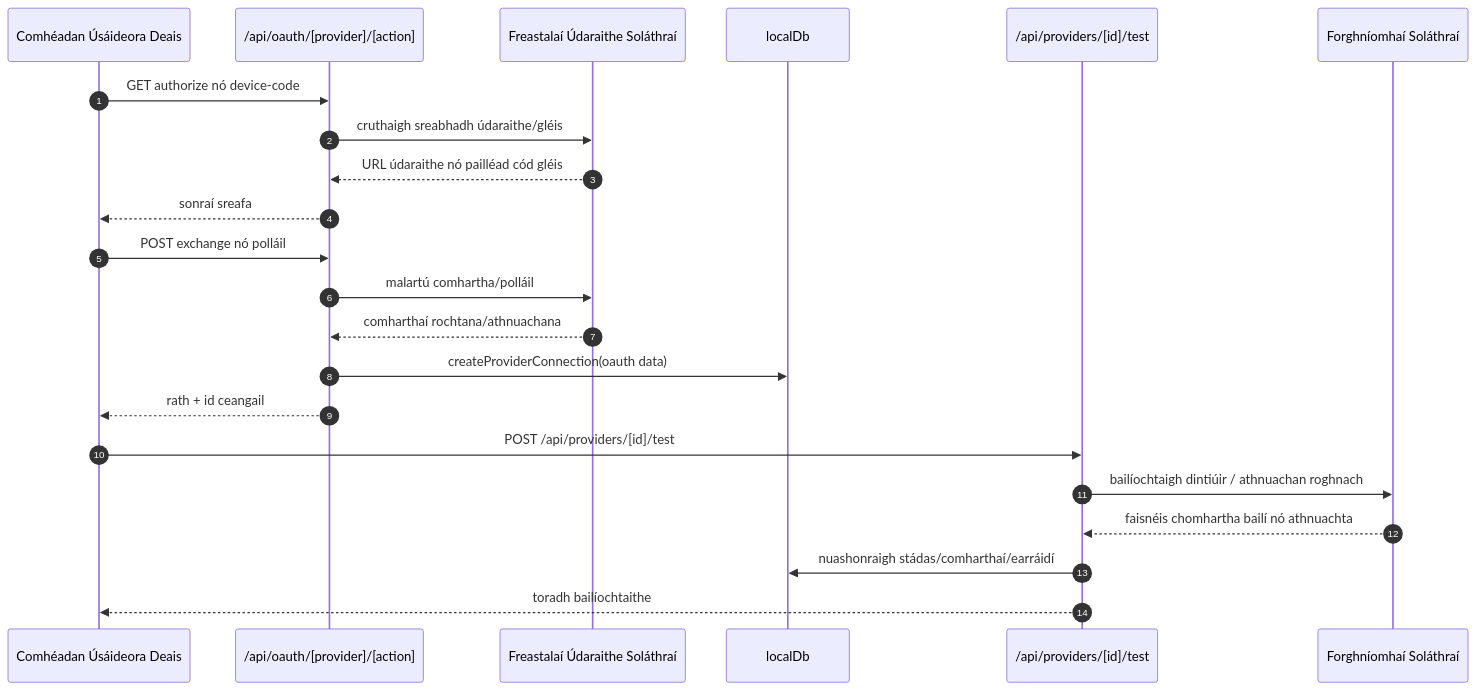
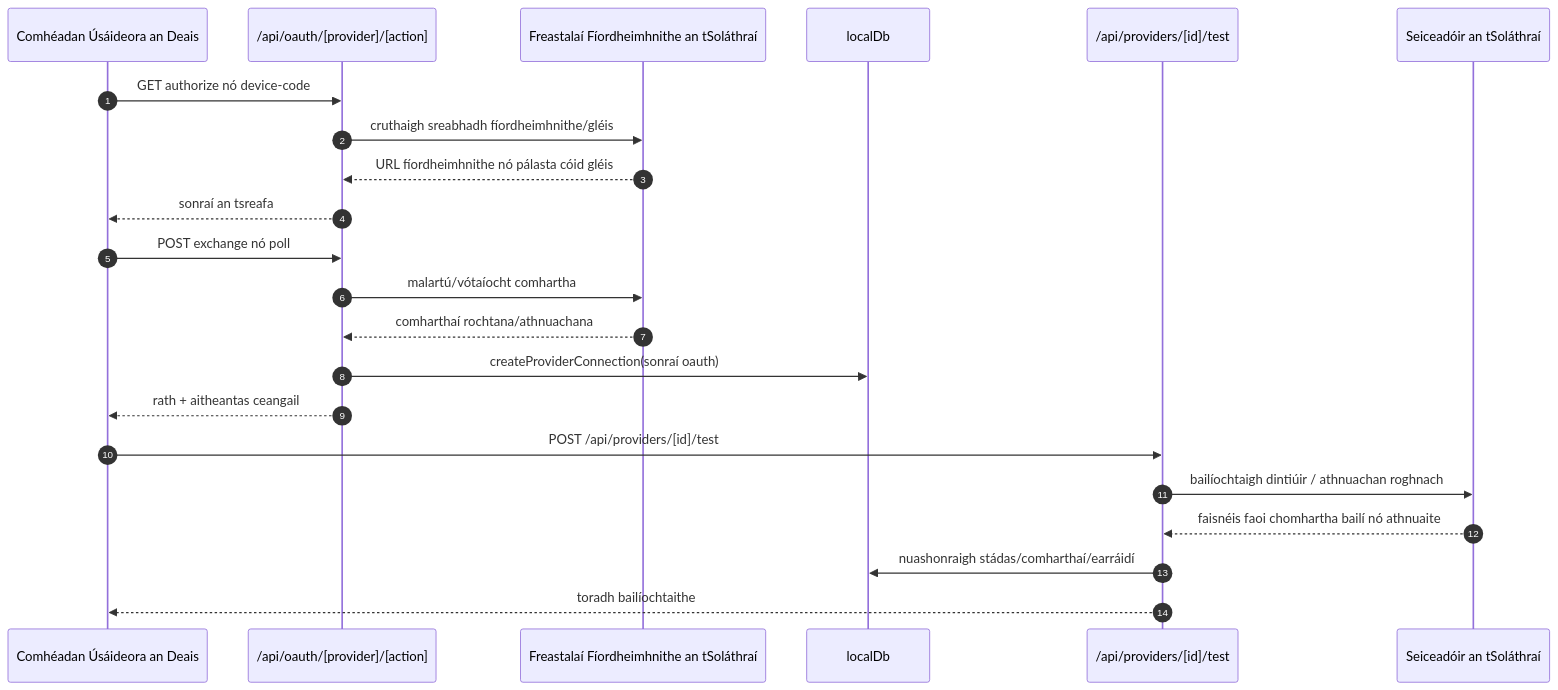
The fourth of 7 diagrams in docs/i18n/ga/docs/architecture/ARCHITECTURE.md (Abhijeet1520/OmniRoute), drawn with Mermaid before and after one commit. The commit also changed other lines of this file and 1154 other files, not shown here.

````diff
--- a/docs/i18n/ga/docs/architecture/ARCHITECTURE.md
+++ b/docs/i18n/ga/docs/architecture/ARCHITECTURE.md
@@ -643,27 +635,27 @@
 ```mermaid
 sequenceDiagram
     autonumber
-    participant UI as Comhéadan Úsáideora Deais
+    participant UI as Comhéadan Úsáideora an Deais
     participant OAuth as /api/oauth/[provider]/[action]
-    participant ProvAuth as Freastalaí Údaraithe Soláthraí
+    participant ProvAuth as Freastalaí Fíordheimhnithe an tSoláthraí
     participant DB as localDb
     participant Test as /api/providers/[id]/test
-    participant Exec as Forghníomhaí Soláthraí
+    participant Exec as Seiceadóir an tSoláthraí
 
     UI->>OAuth: GET authorize nó device-code
-    OAuth->>ProvAuth: cruthaigh sreabhadh údaraithe/gléis
-    ProvAuth-->>OAuth: URL údaraithe nó pailléad cód gléis
-    OAuth-->>UI: sonraí sreafa
+    OAuth->>ProvAuth: cruthaigh sreabhadh fíordheimhnithe/gléis
+    ProvAuth-->>OAuth: URL fíordheimhnithe nó pálasta cóid gléis
+    OAuth-->>UI: sonraí an tsreafa
 
-    UI->>OAuth: POST exchange nó polláil
-    OAuth->>ProvAuth: malartú comhartha/polláil
+    UI->>OAuth: POST exchange nó poll
+    OAuth->>ProvAuth: malartú/vótaíocht comhartha
     ProvAuth-->>OAuth: comharthaí rochtana/athnuachana
-    OAuth->>DB: createProviderConnection(oauth data)
-    OAuth-->>UI: rath + id ceangail
+    OAuth->>DB: createProviderConnection(sonraí oauth)
+    OAuth-->>UI: rath + aitheantas ceangail
 
     UI->>Test: POST /api/providers/[id]/test
     Test->>Exec: bailíochtaigh dintiúir / athnuachan roghnach
-    Exec-->>Test: faisnéis chomhartha bailí nó athnuachta
+    Exec-->>Test: faisnéis faoi chomhartha bailí nó athnuaite
     Test->>DB: nuashonraigh stádas/comharthaí/earráidí
     Test-->>UI: toradh bailíochtaithe
 ```
````
